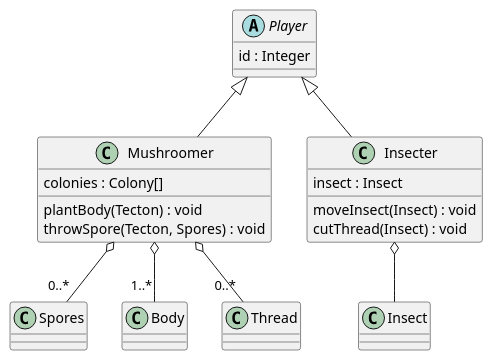
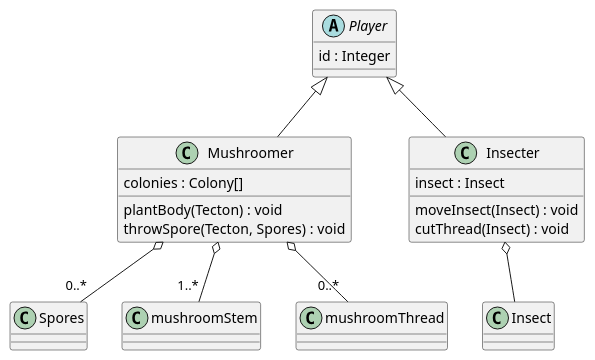
One commit to Petya-G/fungorium changed the diagram in 3/classes/player.puml. Above: the diagram before and after it, drawn with PlantUML.

Commit message:
corrected diagram names 2

```diff
--- a/3/classes/player.puml
+++ b/3/classes/player.puml
@@ -1,23 +1,23 @@
 @startuml player
 abstract class Player{
     id : Integer
 }
 
 Player <|-- Mushroomer
 Mushroomer o-- "0..*" Spores
-Mushroomer o-- "1..*" Body
-Mushroomer o-- "0..*" Thread
+Mushroomer o-- "1..*" mushroomStem
+Mushroomer o-- "0..*" mushroomThread
 class Mushroomer{
     colonies : Colony[]
     plantBody(Tecton) : void
     throwSpore(Tecton, Spores) : void
 }
 
 Player <|-- Insecter
 Insecter o-- Insect
 class Insecter{
     insect : Insect
     moveInsect(Insect) : void
     cutThread(Insect) : void
 }
 @enduml
```
